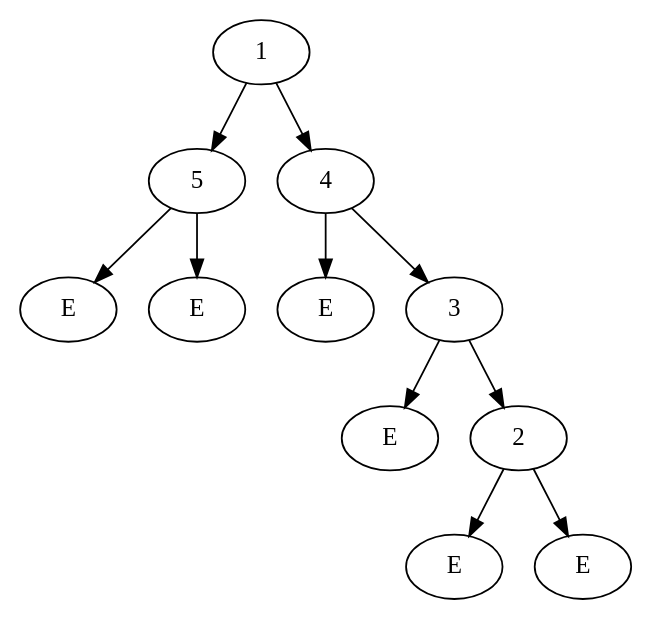
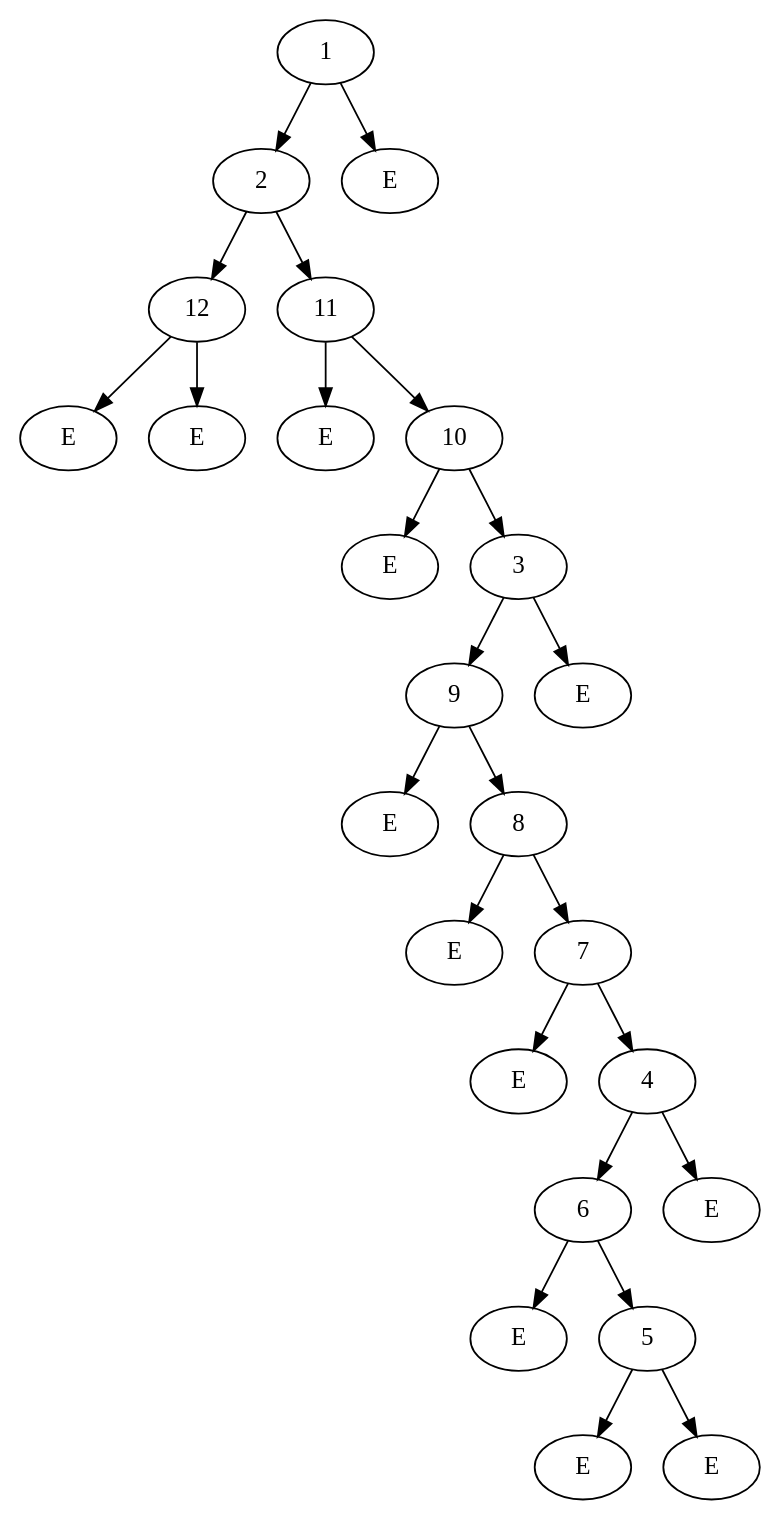
Before and after one commit to matonix/pfds: the diagram in src/PFDS/Sec5/Ex8a.dot, drawn with Graphviz. The commit also changed 5 other files, not shown here.

```diff
--- a/src/PFDS/Sec5/Ex8a.dot
+++ b/src/PFDS/Sec5/Ex8a.dot
@@ -1,24 +1,52 @@
 digraph G {
 u1[label="1"];
-u2[label="5"];
-u3[label="E"];
+u2[label="2"];
+u3[label="12"];
 u4[label="E"];
-u5[label="4"];
-u6[label="E"];
-u7[label="3"];
-u8[label="E"];
-u9[label="2"];
-u10[label="E"];
-u11[label="E"];
+u5[label="E"];
+u6[label="11"];
+u7[label="E"];
+u8[label="10"];
+u9[label="E"];
+u10[label="3"];
+u11[label="9"];
+u12[label="E"];
+u13[label="8"];
+u14[label="E"];
+u15[label="7"];
+u16[label="E"];
+u17[label="4"];
+u18[label="6"];
+u19[label="E"];
+u20[label="5"];
+u21[label="E"];
+u22[label="E"];
+u23[label="E"];
+u24[label="E"];
+u25[label="E"];
 u1 -> u2[label=""];
-u1 -> u5[label=""];
+u1 -> u25[label=""];
 u2 -> u3[label=""];
-u2 -> u4[label=""];
-u5 -> u6[label=""];
-u5 -> u7[label=""];
-u7 -> u8[label=""];
-u7 -> u9[label=""];
-u9 -> u10[label=""];
-u9 -> u11[label=""];
+u2 -> u6[label=""];
+u3 -> u4[label=""];
+u3 -> u5[label=""];
+u6 -> u7[label=""];
+u6 -> u8[label=""];
+u8 -> u9[label=""];
+u8 -> u10[label=""];
+u10 -> u11[label=""];
+u10 -> u24[label=""];
+u11 -> u12[label=""];
+u11 -> u13[label=""];
+u13 -> u14[label=""];
+u13 -> u15[label=""];
+u15 -> u16[label=""];
+u15 -> u17[label=""];
+u17 -> u18[label=""];
+u17 -> u23[label=""];
+u18 -> u19[label=""];
+u18 -> u20[label=""];
+u20 -> u21[label=""];
+u20 -> u22[label=""];
 
 }
```
